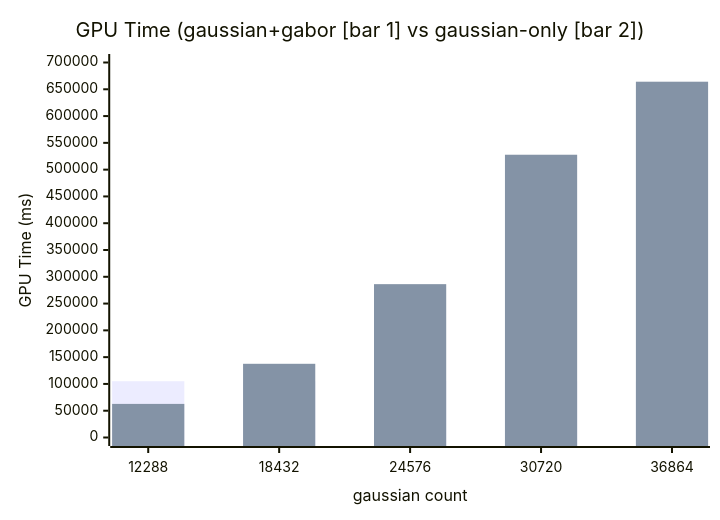
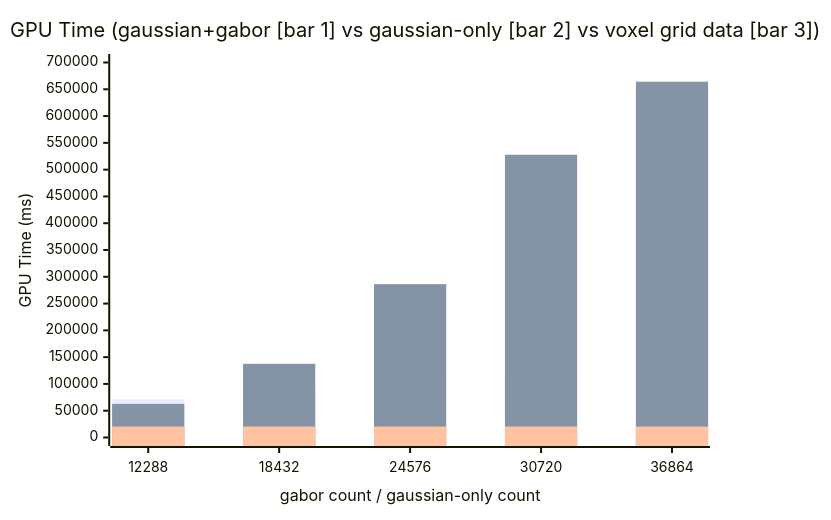
Before and after one commit to VENUSXK/pages: diagram 17 of 18 in content/docs/GaborRT/exp_2_gabor_fields_rendering_performance_analysis_and_ablation_studies.mdx, drawn with Mermaid. The commit also changed other lines of this file and 5 other files, not shown here.

````diff
--- a/content/docs/GaborRT/exp_2_gabor_fields_rendering_performance_analysis_and_ablation_studies.mdx
+++ b/content/docs/GaborRT/exp_2_gabor_fields_rendering_performance_analysis_and_ablation_studies.mdx
@@ -1332,8 +1339,9 @@
 ```mermaid
 xychart-beta
-    title "GPU Time (gaussian+gabor [bar 1] vs gaussian-only [bar 2])"
-    x-axis "gaussian count" [12288, 18432, 24576, 30720, 36864]
+    title "GPU Time (gaussian+gabor [bar 1] vs gaussian-only [bar 2] vs voxel grid data [bar 3])"
+    x-axis "gabor count / gaussian-only count" [12288, 18432, 24576, 30720, 36864]
     y-axis "GPU Time (ms)" 0 --> 700000
-    bar [105080.21, 105080.21, 105080.21, 105080.21, 105080.21]
+    bar [71507.20, 90538.91, 105080.21, 118642.82, 143563.30]
     bar [62716.06, 137586.14, 286251.31, 527829.25, 664146.25]
+    bar [20463.09, 20463.09, 20463.09, 20463.09, 20463.09]
 ```
````
